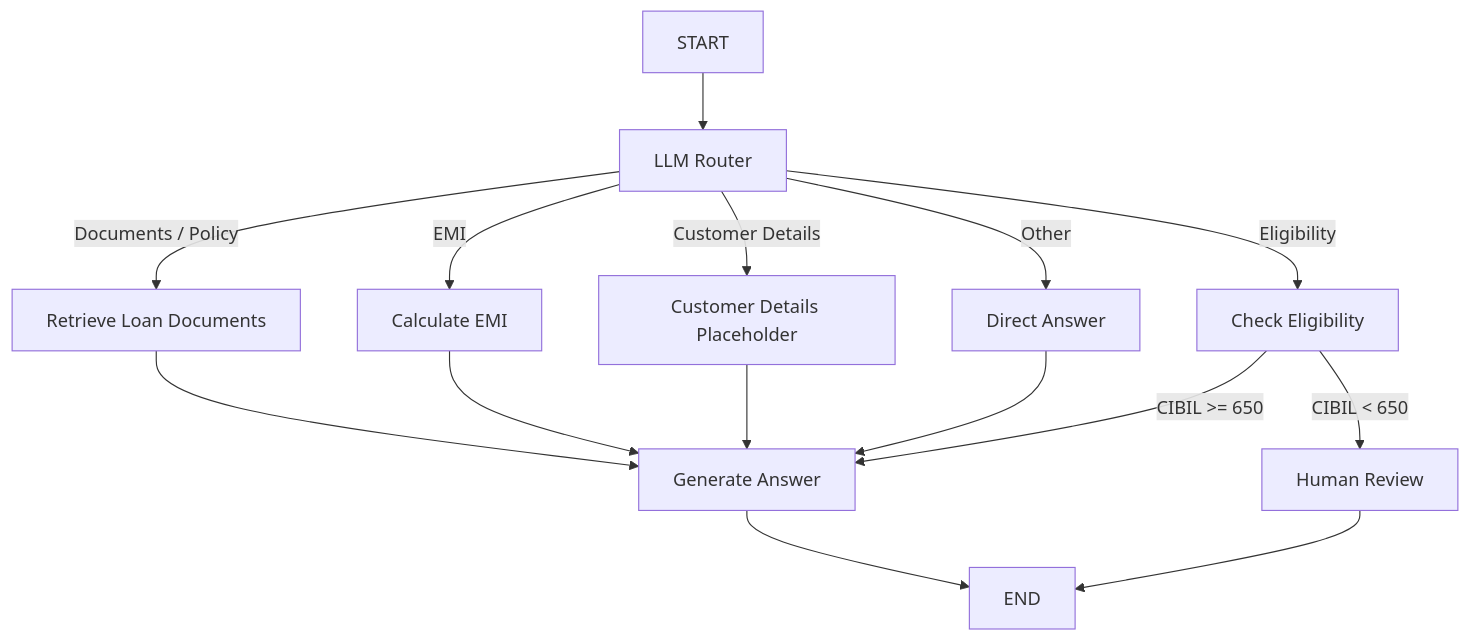
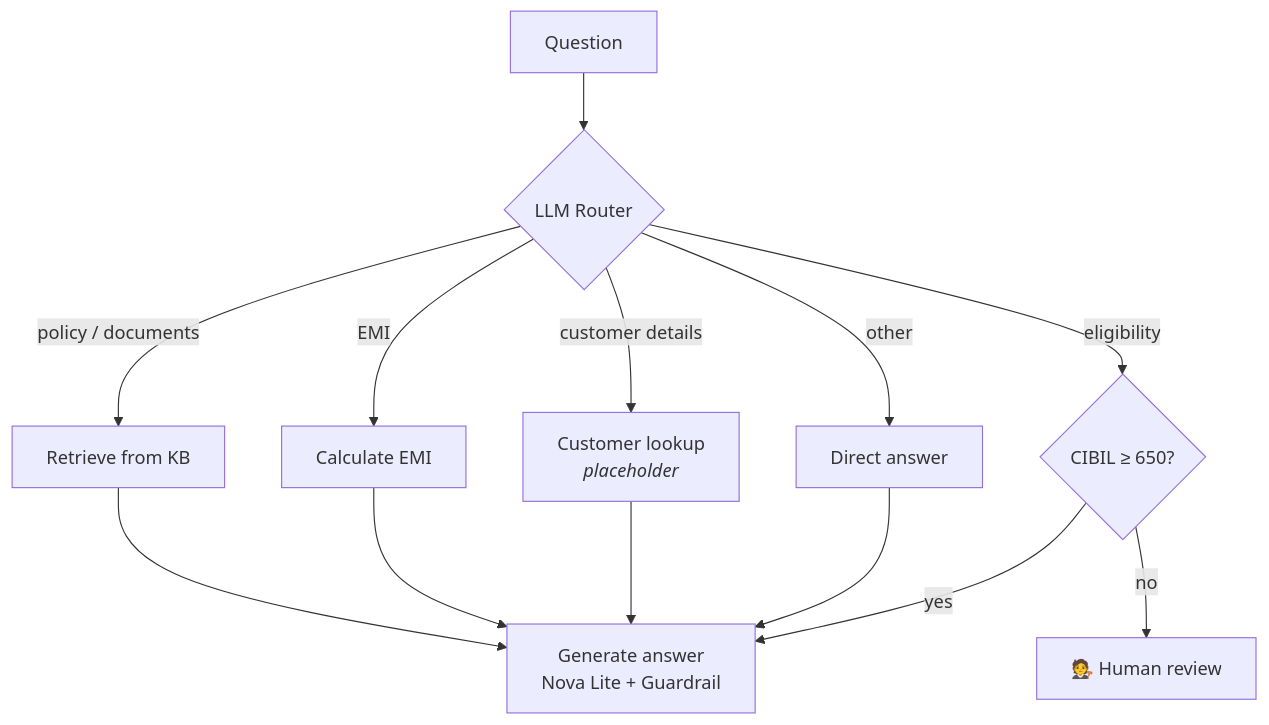
The second of 2 diagrams in README.md (musaddiq-vd/loanassist-ai-Langgraph), drawn with Mermaid before and after one commit. The commit also changed other lines of this file and 15 other files, not shown here.

````diff
--- a/README.md
+++ b/README.md
@@ -97,21 +68,16 @@
 ```mermaid
 flowchart TD
-    START --> A[LLM Router]
+    Q[Question] --> R{LLM Router}
+    R -->|policy / documents| D[Retrieve from KB]
+    R -->|EMI| E[Calculate EMI]
+    R -->|eligibility| EL{CIBIL ≥ 650?}
+    R -->|customer details| C[Customer lookup<br/><i>placeholder</i>]
+    R -->|other| X[Direct answer]
 
-    A -->|Documents / Policy| R[Retrieve Loan Documents]
-    A -->|EMI| E[Calculate EMI]
-    A -->|Eligibility| EL[Check Eligibility]
-    A -->|Customer Details| C[Customer Details Placeholder]
-    A -->|Other| D[Direct Answer]
-
-    R --> G[Generate Answer]
+    D --> G[Generate answer<br/>Nova Lite + Guardrail]
     E --> G
     C --> G
-    D --> G
-
-    EL -->|CIBIL >= 650| G
-    EL -->|CIBIL < 650| H[Human Review]
-
-    G --> END
-    H --> END
+    X --> G
+    EL -->|yes| G
+    EL -->|no| H[🧑‍⚖️ Human review]
 ```
````
